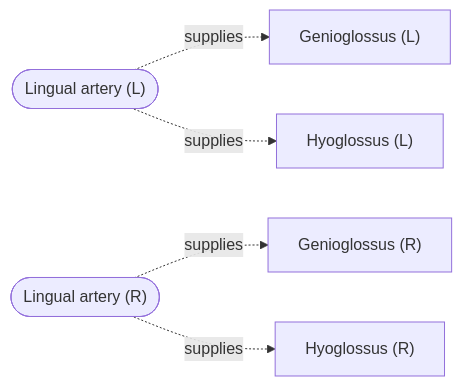
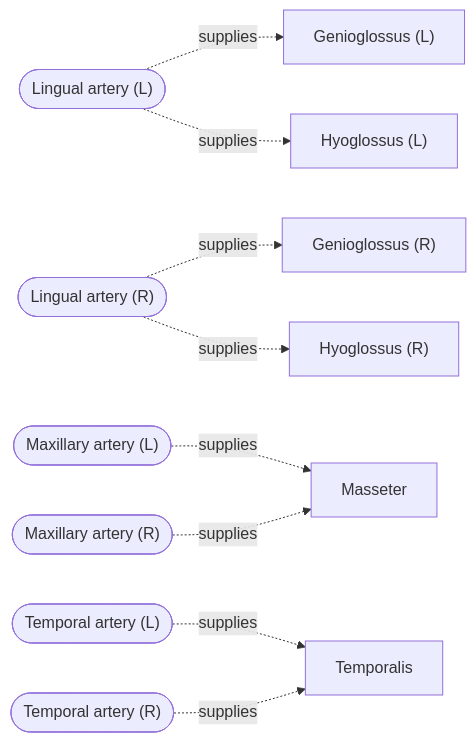
Before and after one commit to MitraLab-Organization/bap-ontology-editor: the second of 2 diagrams in README.md, drawn with Mermaid. The commit also changed other lines of this file, not shown here.

````diff
--- a/README.md
+++ b/README.md
@@ -439,7 +443,11 @@
 ```mermaid
 graph LR
     Lingual_artery_L(["Lingual artery (L)"]) -.->|supplies| Genioglossus_L["Genioglossus (L)"]
     Lingual_artery_L(["Lingual artery (L)"]) -.->|supplies| Hyoglossus_L["Hyoglossus (L)"]
     Lingual_artery_R(["Lingual artery (R)"]) -.->|supplies| Genioglossus_R["Genioglossus (R)"]
     Lingual_artery_R(["Lingual artery (R)"]) -.->|supplies| Hyoglossus_R["Hyoglossus (R)"]
+    Maxillary_artery_L(["Maxillary artery (L)"]) -.->|supplies| Masseter[Masseter]
+    Maxillary_artery_R(["Maxillary artery (R)"]) -.->|supplies| Masseter[Masseter]
+    Temporal_artery_L(["Temporal artery (L)"]) -.->|supplies| Temporalis[Temporalis]
+    Temporal_artery_R(["Temporal artery (R)"]) -.->|supplies| Temporalis[Temporalis]
 ```
````
